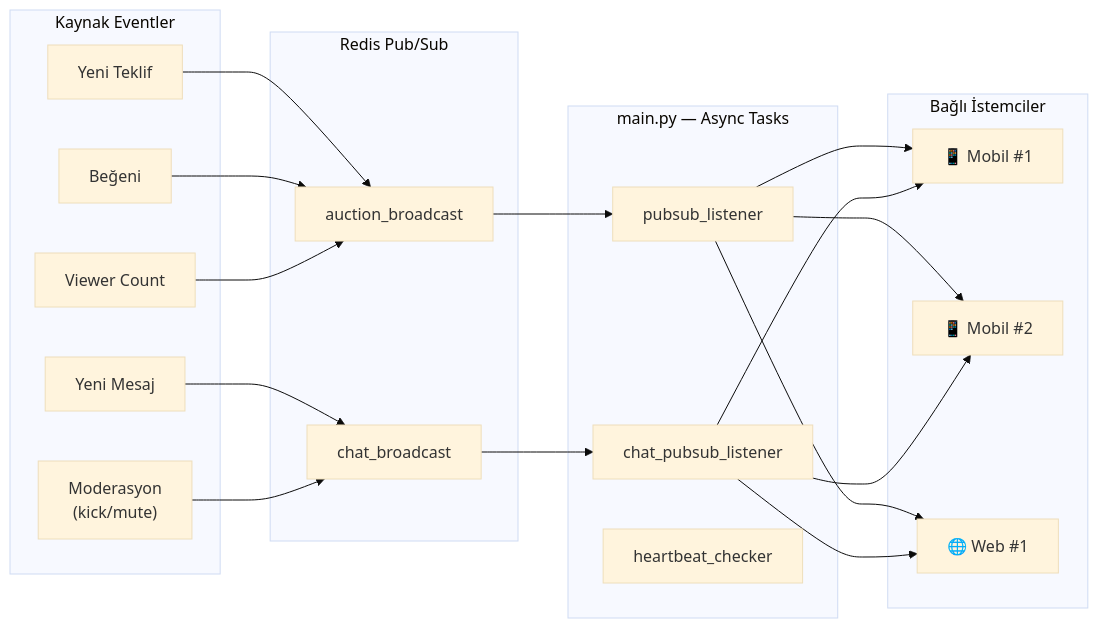
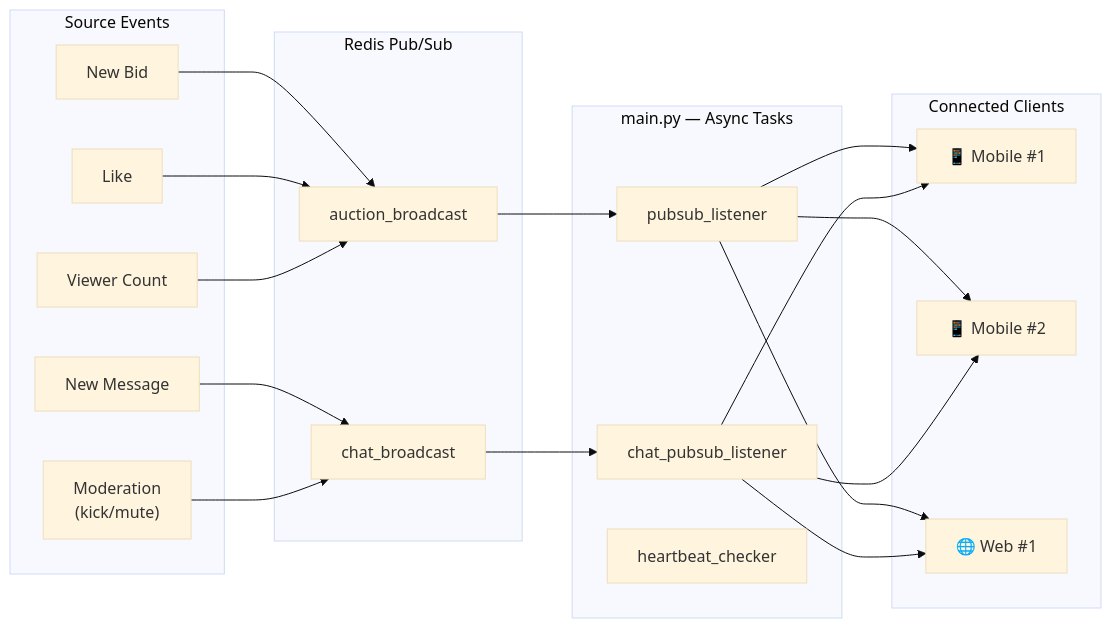
Before and after one commit to tucibeyin/teqlif: the fourth of 10 diagrams in README.md, drawn with Mermaid (base theme). The commit also changed other lines of this file, not shown here.

````diff
--- a/README.md
+++ b/README.md
@@ -179,41 +179,41 @@
 ```mermaid
 graph LR
-    subgraph SOURCES["Kaynak Eventler"]
-        BID["Yeni Teklif"]
-        CHAT["Yeni Mesaj"]
-        MOD["Moderasyon\n(kick/mute)"]
-        LIKE["Beğeni"]
+    subgraph SOURCES["Source Events"]
+        BID["New Bid"]
+        CHAT["New Message"]
+        MOD["Moderation\n(kick/mute)"]
+        LIKE["Like"]
         CNT["Viewer Count"]
     end
 
     subgraph REDIS["Redis Pub/Sub"]
         AB["auction_broadcast"]
         CB["chat_broadcast"]
     end
 
     subgraph MAIN["main.py — Async Tasks"]
         PL["pubsub_listener"]
         CL["chat_pubsub_listener"]
         HB["heartbeat_checker"]
     end
 
-    subgraph CLIENTS["Bağlı İstemciler"]
-        M1["📱 Mobil #1"]
-        M2["📱 Mobil #2"]
+    subgraph CLIENTS["Connected Clients"]
+        M1["📱 Mobile #1"]
+        M2["📱 Mobile #2"]
         W1["🌐 Web #1"]
     end
 
     BID --> AB
     LIKE --> AB
     CNT --> AB
     CHAT --> CB
     MOD --> CB
     AB --> PL
     CB --> CL
     PL --> M1
     PL --> M2
     PL --> W1
     CL --> M1
     CL --> M2
     CL --> W1
 ```
````
